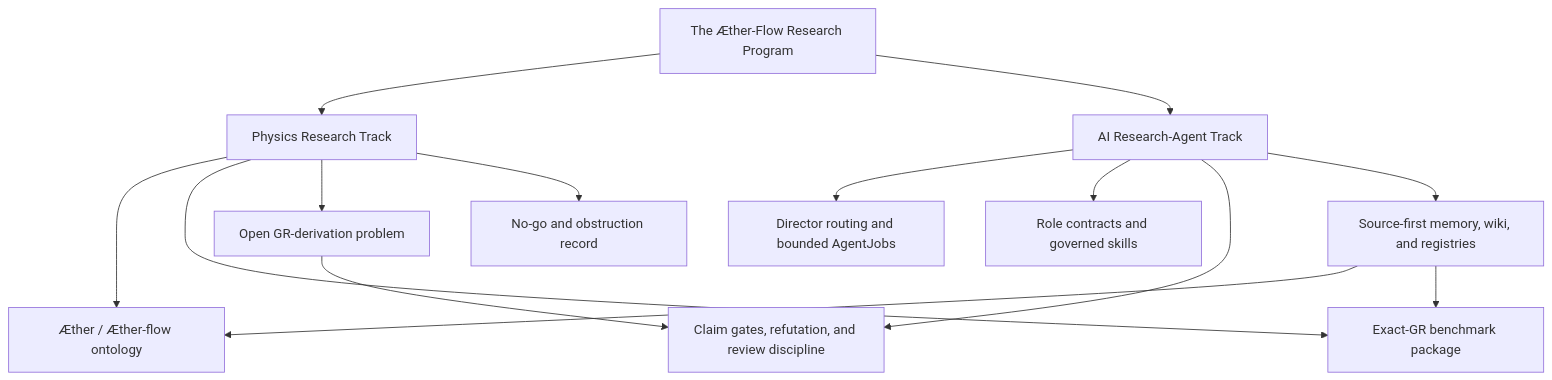
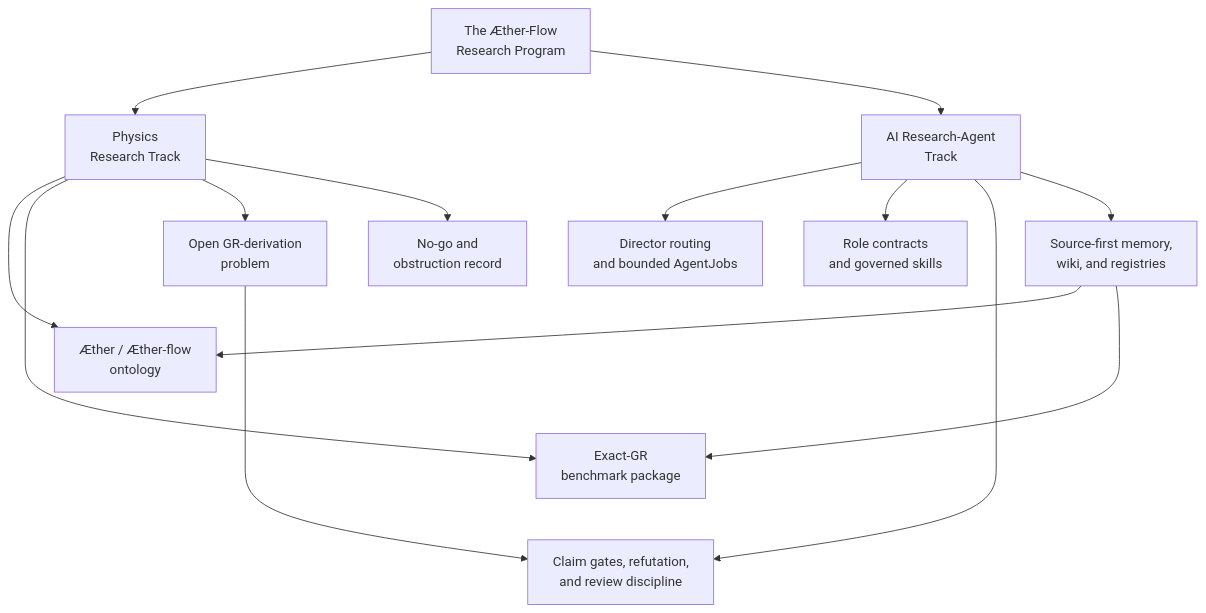
The diagram in .local/obsidian/aether-flow-wiki/01_raw/markdown/md-readme.md (AngryOwlAI/The-AEther-Flow), drawn with Mermaid before and after one commit. The commit also changed other lines of this file and 99 other files, not shown here.

````diff
--- a/.local/obsidian/aether-flow-wiki/01_raw/markdown/md-readme.md
+++ b/.local/obsidian/aether-flow-wiki/01_raw/markdown/md-readme.md
@@ -45,23 +45,23 @@
 ```mermaid
 flowchart TB
-    program["The Æther-Flow Research Program"]
-    physics["Physics Research Track"]
-    ai["AI Research-Agent Track"]
+    program["The Æther-Flow<br/>Research Program"]
+    physics["Physics<br/>Research Track"]
+    ai["AI Research-Agent<br/>Track"]
 
     program --> physics
     program --> ai
 
-    physics --> ontology["Æther / Æther-flow ontology"]
-    physics --> benchmark["Exact-GR benchmark package"]
-    physics --> derivation["Open GR-derivation problem"]
-    physics --> obstructions["No-go and obstruction record"]
+    physics --> ontology["Æther / Æther-flow<br/>ontology"]
+    physics ---> benchmark["Exact-GR<br/>benchmark package"]
+    physics --> derivation["Open GR-derivation<br/>problem"]
+    physics --> obstructions["No-go and<br/>obstruction record"]
 
-    ai --> routing["Director routing and bounded AgentJobs"]
-    ai --> roles["Role contracts and governed skills"]
-    ai --> gates["Claim gates, refutation, and review discipline"]
-    ai --> memory["Source-first memory, wiki, and registries"]
+    ai --> routing["Director routing<br/>and bounded AgentJobs"]
+    ai --> roles["Role contracts<br/>and governed skills"]
+    ai ----> gates["Claim gates, refutation,<br/>and review discipline"]
+    ai --> memory["Source-first memory,<br/>wiki, and registries"]
 
-    derivation --> gates
+    derivation ----> gates
     memory --> ontology
-    memory --> benchmark
+    memory ---> benchmark
 ```
````
